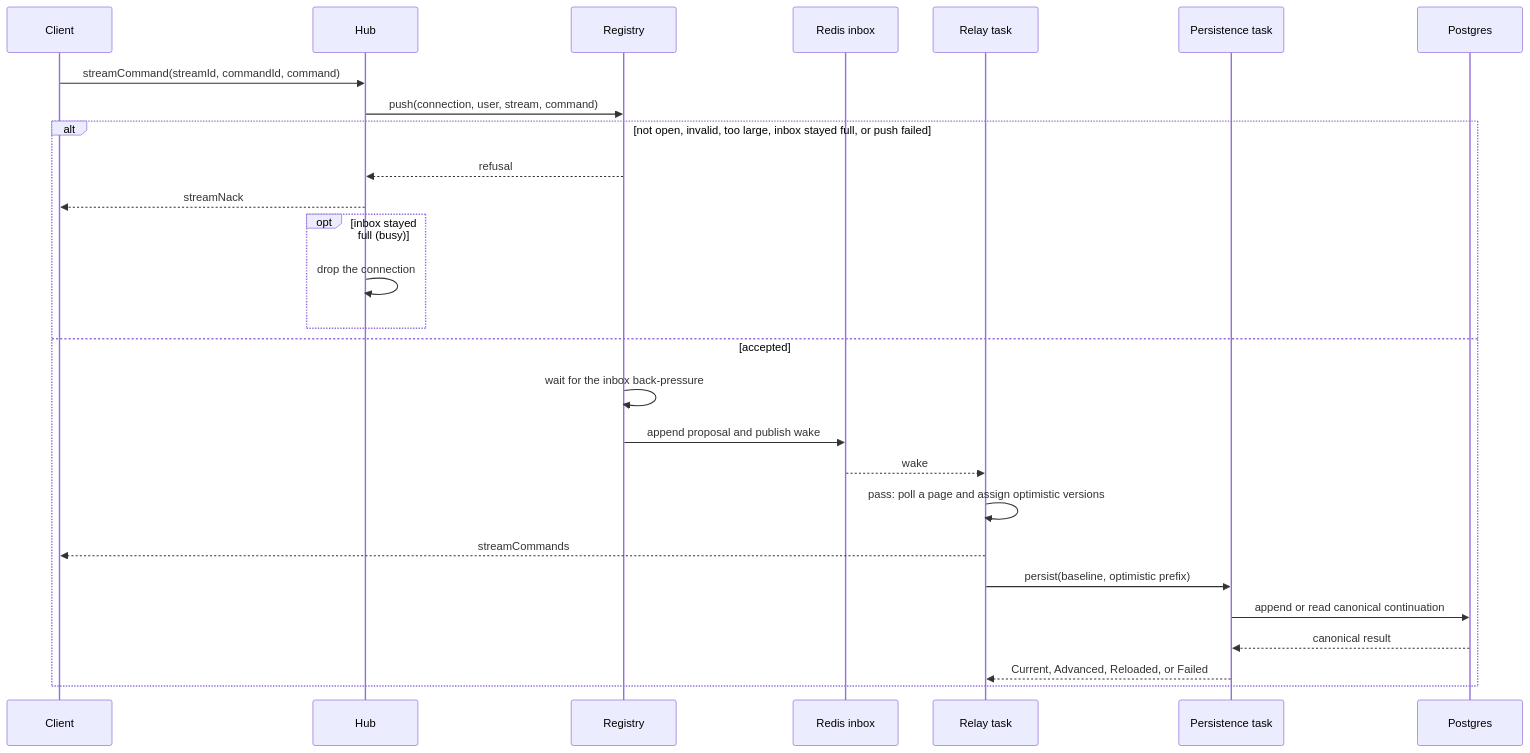
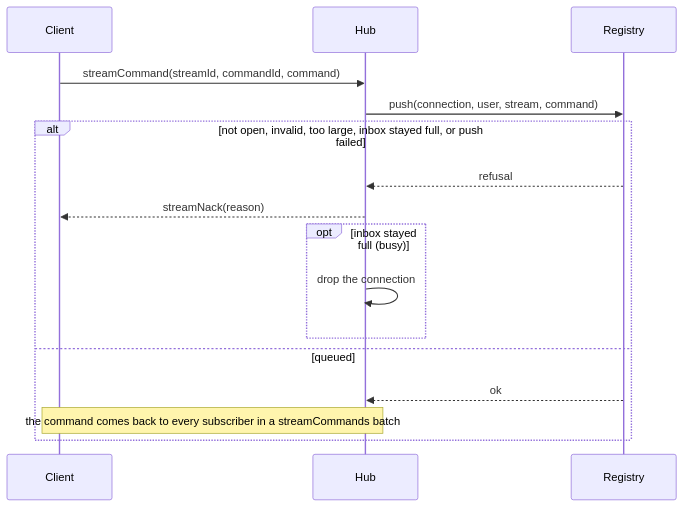
Before and after one commit to gzp79/shine-services: the third of 3 diagrams in docs/services/builder/hub.md, drawn with Mermaid. The commit also changed other lines of this file and 5 other files, not shown here.

````diff
--- a/docs/services/builder/hub.md
+++ b/docs/services/builder/hub.md
@@ -134,30 +62,19 @@
 ```mermaid
 sequenceDiagram
     participant C as Client
     participant H as Hub
     participant R as Registry
-    participant X as Redis inbox
-    participant A as Relay task
-    participant P as Persistence task
-    participant L as Postgres
 
     C->>H: streamCommand(streamId, commandId, command)
     H->>R: push(connection, user, stream, command)
     alt not open, invalid, too large, inbox stayed full, or push failed
         R-->>H: refusal
-        H-->>C: streamNack
+        H-->>C: streamNack(reason)
         opt inbox stayed full (busy)
             H->>H: drop the connection
         end
-    else accepted
-        R->>R: wait for the inbox back-pressure
-        R->>X: append proposal and publish wake
-        X-->>A: wake
-        A->>A: pass: poll a page and assign optimistic versions
-        A-->>C: streamCommands
-        A->>P: persist(baseline, optimistic prefix)
-        P->>L: append or read canonical continuation
-        L-->>P: canonical result
-        P-->>A: Current, Advanced, Reloaded, or Failed
+    else queued
+        R-->>H: ok
+        Note over C,H: the command comes back to every subscriber in a streamCommands batch
     end
 ```
````
